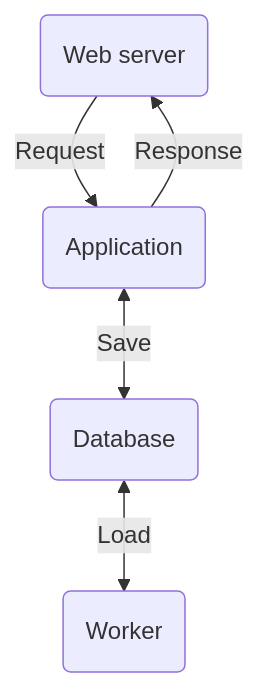
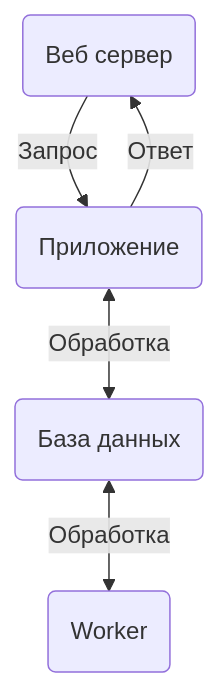
Before and after one commit to IgorZyktin/omoide: the second of 3 diagrams in README.md, drawn with Mermaid.

Commit message:
doc: russian schemas

````diff
--- a/README.md
+++ b/README.md
@@ -71,7 +71,7 @@
 ```mermaid
 graph TD
-    NGINX(Web server) -->|Request| APP
-    APP -->|Response| NGINX
-    APP(Application) <-->|Save| DB
-    DB(Database) <-->|Load| W(Worker)
+    NGINX(Веб сервер) -->|Запрос| APP
+    APP -->|Ответ| NGINX
+    APP(Приложение) <-->|Обработка| DB
+    DB(База данных) <-->|Обработка| W(Worker)
 ```
````
